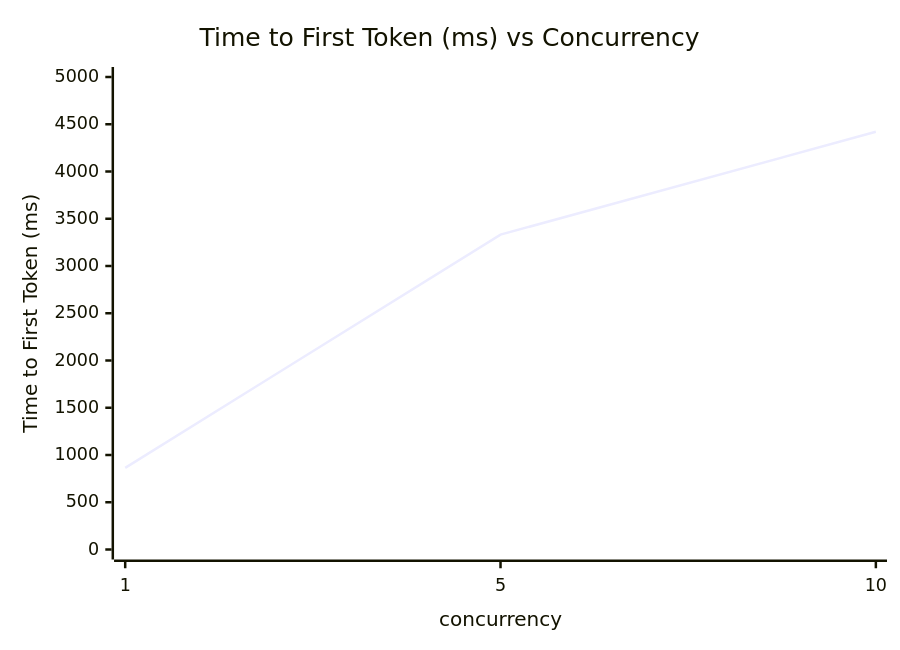
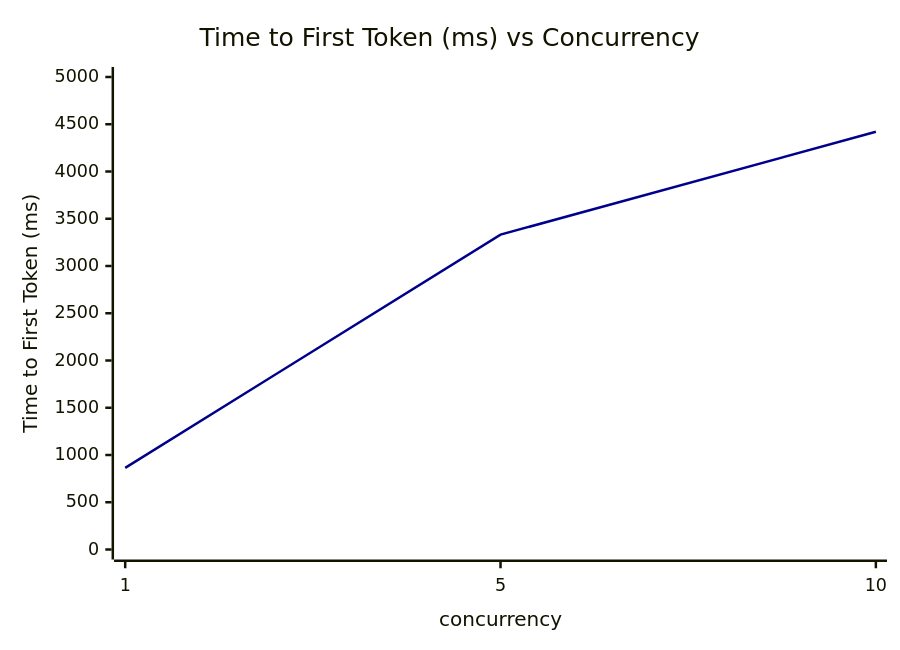
One commit to happyxyl-git/large-model-inference-perf changed the diagram in Spark/Qwen3.6-27B-1Spark/ttft_vs_concurrency.md. Above: the diagram before and after it, drawn with Mermaid. The commit also changed 3 other files, not shown here.

````diff
--- a/Spark/Qwen3.6-27B-1Spark/ttft_vs_concurrency.md
+++ b/Spark/Qwen3.6-27B-1Spark/ttft_vs_concurrency.md
@@ -5,7 +5,13 @@
 ```mermaid
+---
+config:
+  themeVariables:
+    xyChart:
+      plotColorPalette: "#00008B"
+---
 xychart-beta
     title "Time to First Token (ms) vs Concurrency"
     x-axis "concurrency" [1, 5, 10]
     y-axis "Time to First Token (ms)" 0 --> 5000
     line [864.10, 3331.76, 4419.79]
 ```
````
